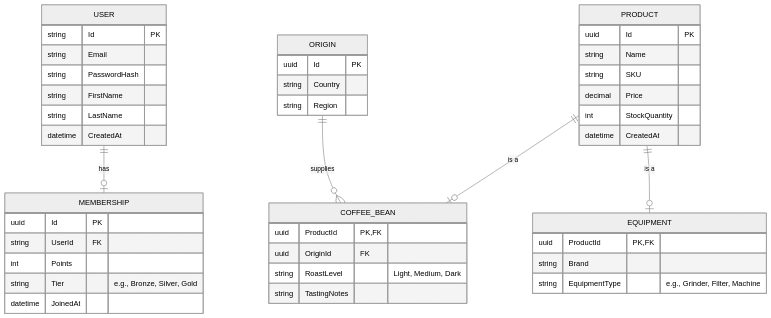
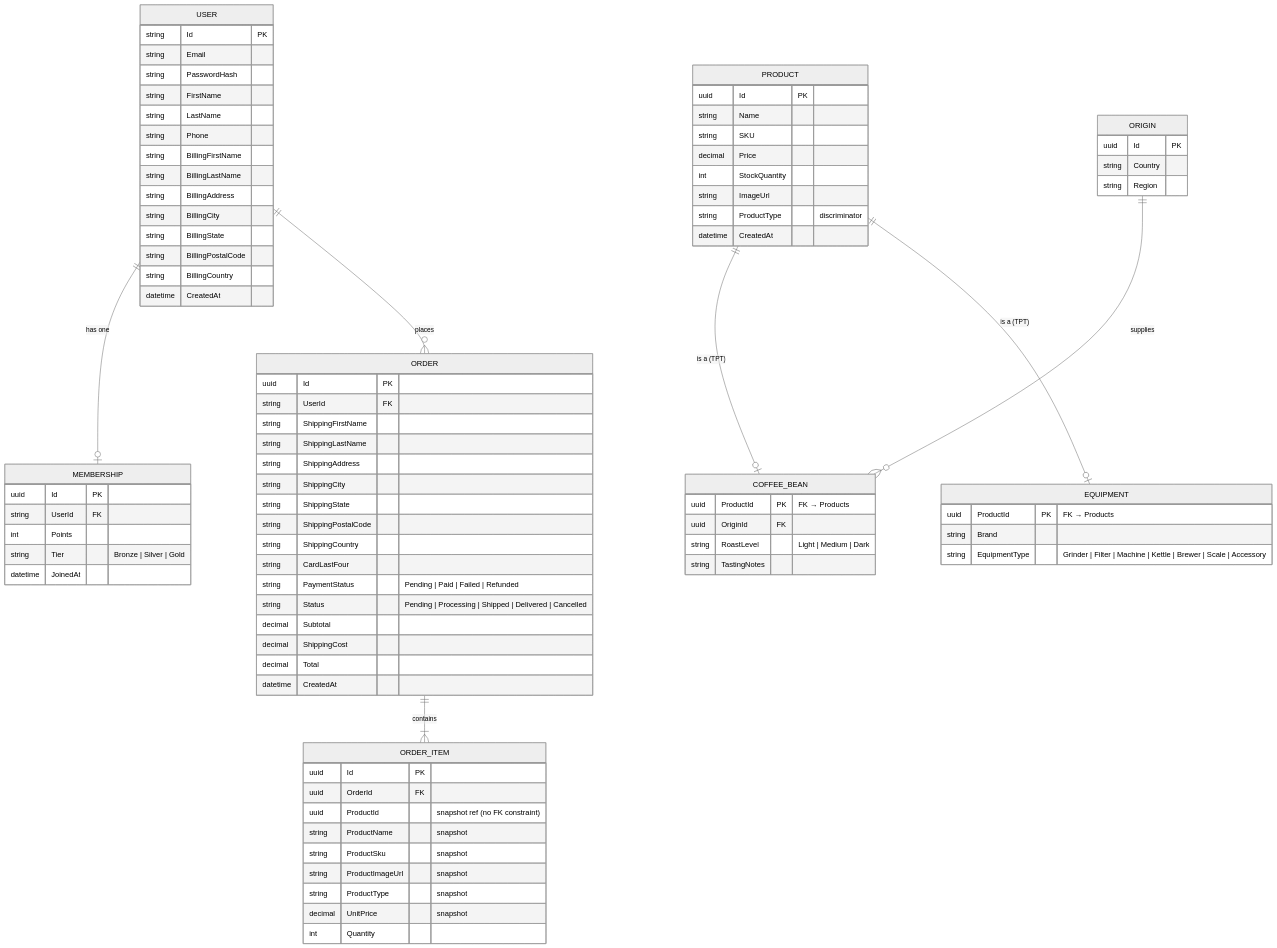
The diagram in README.md (TeddyScript101/dotnetCoffeeShopBackend), drawn with Mermaid (neutral theme) before and after one commit. The commit also changed other lines of this file and 13 other files, not shown here.

First line of the commit message:
Add orders, account management, and billing address support

````diff
--- a/README.md
+++ b/README.md
@@ -19,51 +19,104 @@
 ```mermaid
 erDiagram
-    USER ||--o| MEMBERSHIP : has
+
+    %% ── User & Identity ──────────────────────────────────────
+
     USER {
-        string Id PK
-        string Email
-        string PasswordHash
-        string FirstName
-        string LastName
+        string  Id            PK
+        string  Email
+        string  PasswordHash
+        string  FirstName
+        string  LastName
+        string  Phone
+        string  BillingFirstName
+        string  BillingLastName
+        string  BillingAddress
+        string  BillingCity
+        string  BillingState
+        string  BillingPostalCode
+        string  BillingCountry
         datetime CreatedAt
     }
 
     MEMBERSHIP {
-        uuid Id PK
-        string UserId FK
-        int Points
-        string Tier "e.g., Bronze, Silver, Gold"
+        uuid    Id      PK
+        string  UserId  FK
+        int     Points
+        string  Tier    "Bronze | Silver | Gold"
         datetime JoinedAt
     }
 
-    PRODUCT ||--o| COFFEE_BEAN : "is a"
-    PRODUCT ||--o| EQUIPMENT : "is a"
+    USER ||--o| MEMBERSHIP : "has one"
+
+    %% ── Product Catalogue (TPT inheritance) ──────────────────
+
     PRODUCT {
-        uuid Id PK
-        string Name
-        string SKU
+        uuid    Id            PK
+        string  Name
+        string  SKU
         decimal Price
-        int StockQuantity
+        int     StockQuantity
+        string  ImageUrl
+        string  ProductType   "discriminator"
         datetime CreatedAt
     }
 
-    ORIGIN ||--o{ COFFEE_BEAN : supplies
+    COFFEE_BEAN {
+        uuid   ProductId  PK "FK → Products"
+        uuid   OriginId   FK
+        string RoastLevel "Light | Medium | Dark"
+        string TastingNotes
+    }
+
+    EQUIPMENT {
+        uuid   ProductId     PK "FK → Products"
+        string Brand
+        string EquipmentType "Grinder | Filter | Machine | Kettle | Brewer | Scale | Accessory"
+    }
+
     ORIGIN {
-        uuid Id PK
+        uuid   Id      PK
         string Country
         string Region
     }
 
-    COFFEE_BEAN {
-        uuid ProductId PK, FK
-        uuid OriginId FK
-        string RoastLevel "Light, Medium, Dark"
-        string TastingNotes
+    PRODUCT ||--o| COFFEE_BEAN : "is a (TPT)"
+    PRODUCT ||--o| EQUIPMENT   : "is a (TPT)"
+    ORIGIN  ||--o{ COFFEE_BEAN : "supplies"
+
+    %% ── Orders ───────────────────────────────────────────────
+
+    ORDER {
+        uuid    Id               PK
+        string  UserId           FK
+        string  ShippingFirstName
+        string  ShippingLastName
+        string  ShippingAddress
+        string  ShippingCity
+        string  ShippingState
+        string  ShippingPostalCode
+        string  ShippingCountry
+        string  CardLastFour
+        string  PaymentStatus    "Pending | Paid | Failed | Refunded"
+        string  Status           "Pending | Processing | Shipped | Delivered | Cancelled"
+        decimal Subtotal
+        decimal ShippingCost
+        decimal Total
+        datetime CreatedAt
     }
 
-    EQUIPMENT {
-        uuid ProductId PK, FK
-        string Brand
-        string EquipmentType "e.g., Grinder, Filter, Machine"
+    ORDER_ITEM {
+        uuid    Id             PK
+        uuid    OrderId        FK
+        uuid    ProductId      "snapshot ref (no FK constraint)"
+        string  ProductName    "snapshot"
+        string  ProductSku     "snapshot"
+        string  ProductImageUrl "snapshot"
+        string  ProductType    "snapshot"
+        decimal UnitPrice      "snapshot"
+        int     Quantity
     }
+
+    USER  ||--o{ ORDER      : "places"
+    ORDER ||--|{ ORDER_ITEM  : "contains"
 ```
````
